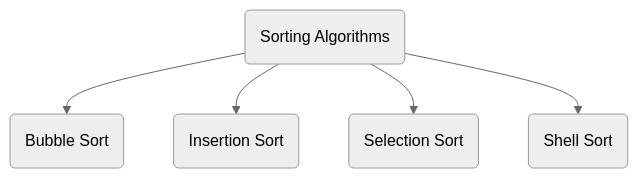
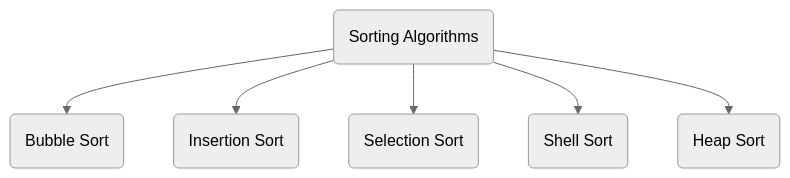
One commit to ViplavRaja-GIT/Data-Structures-And-Algorithms-With-CPP changed the diagram in README.md. Above: the diagram before and after it, drawn with Mermaid (neutral theme). The commit also changed 3 other files, not shown here.

Commit message:
Heap Sort added.

````diff
--- a/README.md
+++ b/README.md
@@ -21,13 +21,15 @@
 ```mermaid
 graph TD; 
 A(Sorting Algorithms); 
 A-->B(Bubble Sort);
 A-->C(Insertion Sort);
 A-->D(Selection Sort);
 A-->E(Shell Sort);
+A-->F(Heap Sort);
 click A "https://github.com/ViplavRaja-GIT/Data-Structures-And-Algorithms-With-CPP/blob/main/Algorithms/Sorting-Algorithms" "This is a link"
 click B "https://github.com/ViplavRaja-GIT/Data-Structures-And-Algorithms-With-CPP/blob/main/Algorithms/Sorting-Algorithms/BubbleSort.cpp" "This is a link"
 click C "https://github.com/ViplavRaja-GIT/Data-Structures-And-Algorithms-With-CPP/blob/main/Algorithms/Sorting-Algorithms/InsertionSort.cpp" "This is a link"
 click D "https://github.com/ViplavRaja-GIT/Data-Structures-And-Algorithms-With-CPP/blob/main/Algorithms/Sorting-Algorithms/SelectionSort.cpp" "This is a link"
 click E "https://github.com/ViplavRaja-GIT/Data-Structures-And-Algorithms-With-CPP/blob/main/Algorithms/Sorting-Algorithms/ShellSort.cpp" "This is a link"
+click F "https://github.com/ViplavRaja-GIT/Data-Structures-And-Algorithms-With-CPP/blob/main/Algorithms/Sorting-Algorithms/HeapSort.cpp" "This is a link"
 ```
````
